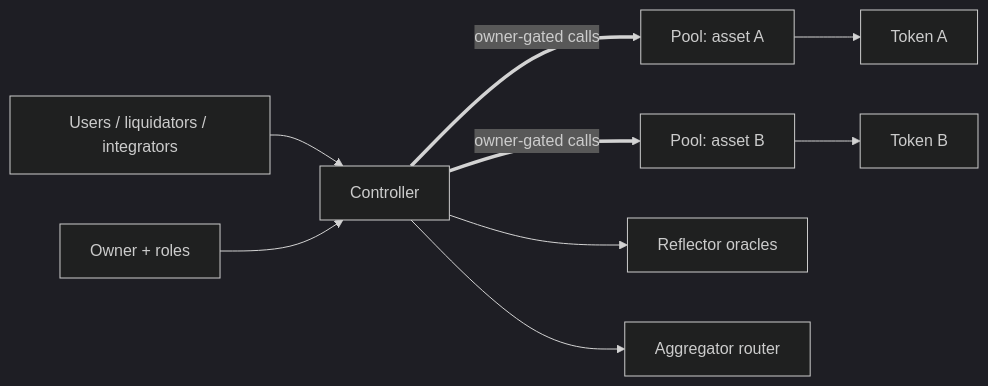
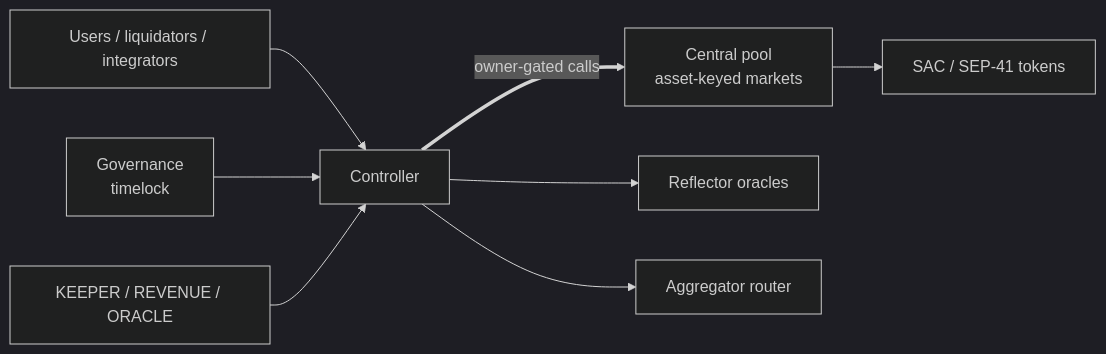
The diagram in README.md (XOXNO/rs-lending-xlm), drawn with Mermaid (dark theme) before and after one commit. The commit also changed other lines of this file and 35 other files, not shown here.

````diff
--- a/README.md
+++ b/README.md
@@ -37,11 +39,10 @@
 ```mermaid
 flowchart LR
     Users["Users / liquidators / integrators"] --> Controller["Controller"]
-    Owner["Owner + roles"] --> Controller
-    Controller ==>|"owner-gated calls"| PoolA["Pool: asset A"]
-    Controller ==>|"owner-gated calls"| PoolB["Pool: asset B"]
+    Governance["Governance<br/>timelock"] --> Controller
+    Operators["KEEPER / REVENUE / ORACLE"] --> Controller
+    Controller ==>|"owner-gated calls"| Pool["Central pool<br/>asset-keyed markets"]
     Controller --> Oracle["Reflector oracles"]
     Controller --> Router["Aggregator router"]
-    PoolA --> TokenA["Token A"]
-    PoolB --> TokenB["Token B"]
+    Pool --> Tokens["SAC / SEP-41 tokens"]
 ```
````
